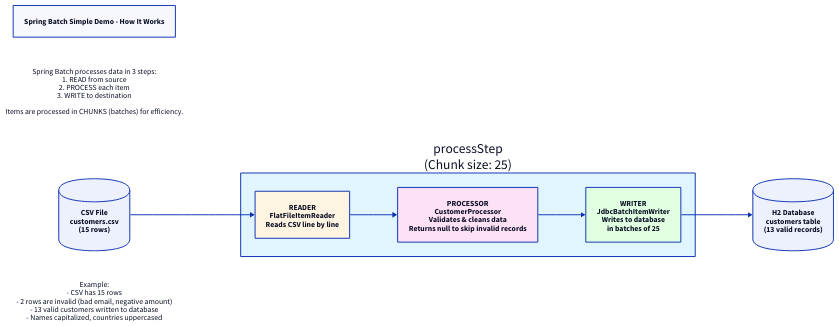
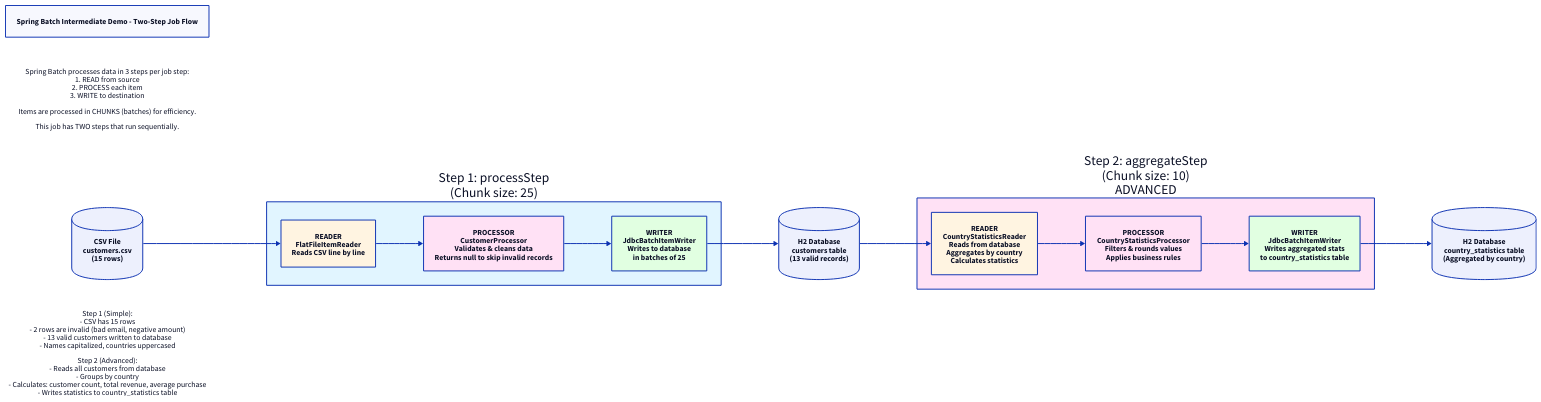
One commit to darthrevanyunka/dariel-springbatch-demo changed the diagram in docs/spring-batch-simple.d2. Above: the diagram before and after it, drawn with D2. The commit also changed 46 other files, not shown here.

```diff
--- a/docs/spring-batch-simple.d2
+++ b/docs/spring-batch-simple.d2
@@ -1,49 +1,80 @@
 direction: right
 
-title: "Spring Batch Simple Demo - How It Works"
+title: "Spring Batch Intermediate Demo - Two-Step Job Flow"
 
 note1: {
   shape: text
-  label: "Spring Batch processes data in 3 steps:\n1. READ from source\n2. PROCESS each item\n3. WRITE to destination\n\nItems are processed in CHUNKS (batches) for efficiency."
+  label: "Spring Batch processes data in 3 steps per job step:\n1. READ from source\n2. PROCESS each item\n3. WRITE to destination\n\nItems are processed in CHUNKS (batches) for efficiency.\n\nThis job has TWO steps that run sequentially."
 }
 
 CSV: {
   shape: cylinder
   label: "CSV File\ncustomers.csv\n(15 rows)"
 }
 
-Step: {
+Step1: {
   shape: rectangle
   style.fill: "#e1f5ff"
-  label: "processStep\n(Chunk size: 25)"
+  label: "Step 1: processStep\n(Chunk size: 25)"
   
-  Reader: {
+  Reader1: {
     label: "READER\nFlatFileItemReader\nReads CSV line by line"
     style.fill: "#fff4e1"
   }
   
-  Processor: {
+  Processor1: {
     label: "PROCESSOR\nCustomerProcessor\nValidates & cleans data\nReturns null to skip invalid records"
     style.fill: "#ffe1f5"
   }
   
-  Writer: {
+  Writer1: {
     label: "WRITER\nJdbcBatchItemWriter\nWrites to database\nin batches of 25"
     style.fill: "#e1ffe1"
   }
 }
 
-Database: {
+CustomersTable: {
   shape: cylinder
   label: "H2 Database\ncustomers table\n(13 valid records)"
 }
 
-CSV -> Step.Reader
-Step.Reader -> Step.Processor
-Step.Processor -> Step.Writer
-Step.Writer -> Database
+Step2: {
+  shape: rectangle
+  style.fill: "#ffe1f5"
+  label: "Step 2: aggregateStep\n(Chunk size: 10)\nADVANCED"
+  
+  Reader2: {
+    label: "READER\nCountryStatisticsReader\nReads from database\nAggregates by country\nCalculates statistics"
+    style.fill: "#fff4e1"
+  }
+  
+  Processor2: {
+    label: "PROCESSOR\nCountryStatisticsProcessor\nFilters & rounds values\nApplies business rules"
+    style.fill: "#ffe1f5"
+  }
+  
+  Writer2: {
+    label: "WRITER\nJdbcBatchItemWriter\nWrites aggregated stats\nto country_statistics table"
+    style.fill: "#e1ffe1"
+  }
+}
+
+StatsTable: {
+  shape: cylinder
+  label: "H2 Database\ncountry_statistics table\n(Aggregated by country)"
+}
+
+CSV -> Step1.Reader1
+Step1.Reader1 -> Step1.Processor1
+Step1.Processor1 -> Step1.Writer1
+Step1.Writer1 -> CustomersTable
+
+CustomersTable -> Step2.Reader2
+Step2.Reader2 -> Step2.Processor2
+Step2.Processor2 -> Step2.Writer2
+Step2.Writer2 -> StatsTable
 
 note2: {
   shape: text
-  label: "Example:\n- CSV has 15 rows\n- 2 rows are invalid (bad email, negative amount)\n- 13 valid customers written to database\n- Names capitalized, countries uppercased"
+  label: "Step 1 (Simple):\n- CSV has 15 rows\n- 2 rows are invalid (bad email, negative amount)\n- 13 valid customers written to database\n- Names capitalized, countries uppercased\n\nStep 2 (Advanced):\n- Reads all customers from database\n- Groups by country\n- Calculates: customer count, total revenue, average purchase\n- Writes statistics to country_statistics table"
 }
```
